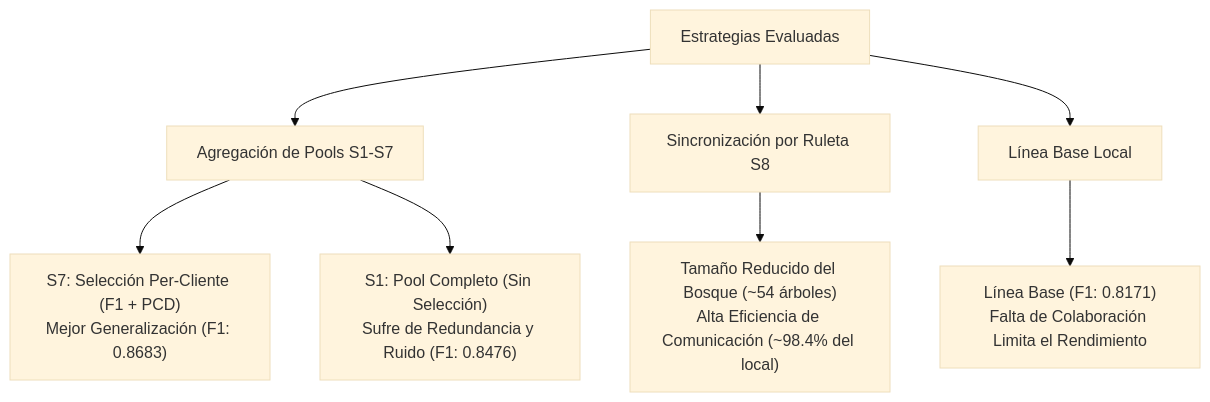
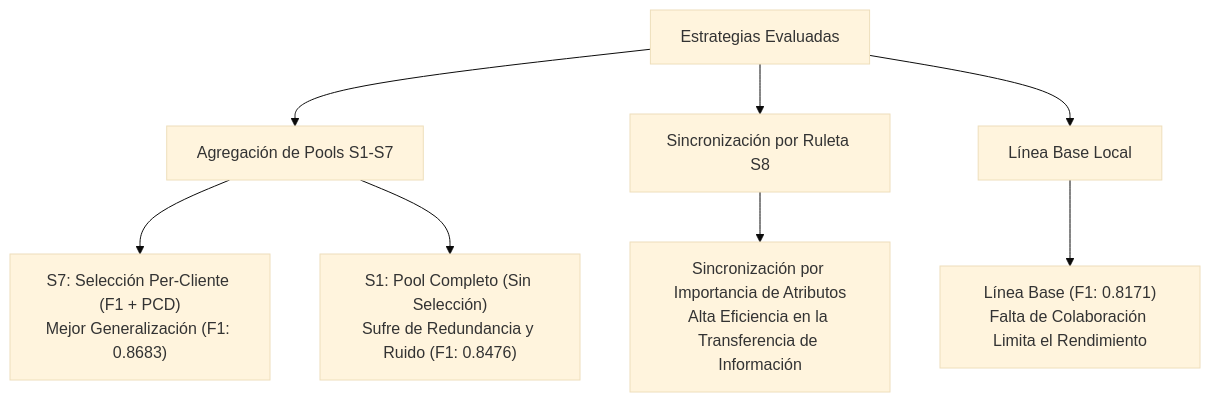
The diagram in results/results_analysis.md (AdrianRodriguezJorge/federated_proactive_forest), drawn with Mermaid (base theme) before and after one commit. The commit also changed other lines of this file and 1 other file, not shown here.

````diff
--- a/results/results_analysis.md
+++ b/results/results_analysis.md
@@ -44,13 +44,13 @@
 ```mermaid
 graph TD
     A[Estrategias Evaluadas] --> B[Agregación de Pools S1-S7]
     A --> C[Sincronización por Ruleta S8]
     A --> D[Línea Base Local]
     
     B --> B1["S7: Selección Per-Cliente (F1 + PCD)<br>Mejor Generalización (F1: 0.8683)"]
     B --> B2["S1: Pool Completo (Sin Selección)<br>Sufre de Redundancia y Ruido (F1: 0.8476)"]
     
-    C --> C1["Tamaño Reducido del Bosque (~54 árboles)<br>Alta Eficiencia de Comunicación (~98.4% del local)"]
+    C --> C1["Sincronización por Importancia de Atributos<br>Alta Eficiencia en la Transferencia de Información"]
     
     D --> D1["Línea Base (F1: 0.8171)<br>Falta de Colaboración Limita el Rendimiento"]
 ```
````
